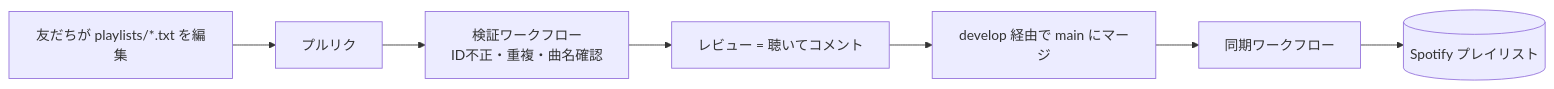
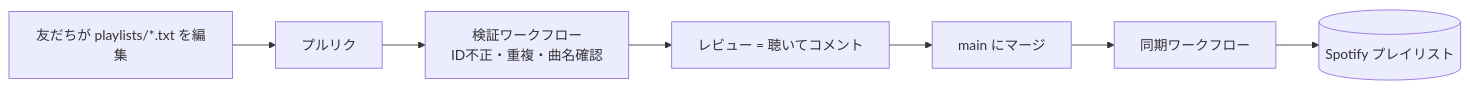
The diagram in README.ja.md (keito118/spotify-playlist-as-code), drawn with Mermaid before and after one commit. The commit also changed other lines of this file and 5 other files, not shown here.

````diff
--- a/README.ja.md
+++ b/README.ja.md
@@ -14,9 +14,9 @@
 ```mermaid
 flowchart LR
   A[友だちが playlists/*.txt を編集] --> B[プルリク]
   B --> C[検証ワークフロー<br/>ID不正・重複・曲名確認]
   C --> D[レビュー = 聴いてコメント]
-  D --> E[develop 経由で main にマージ]
+  D --> E[main にマージ]
   E --> F[同期ワークフロー]
   F --> G[(Spotify プレイリスト)]
 ```
````
